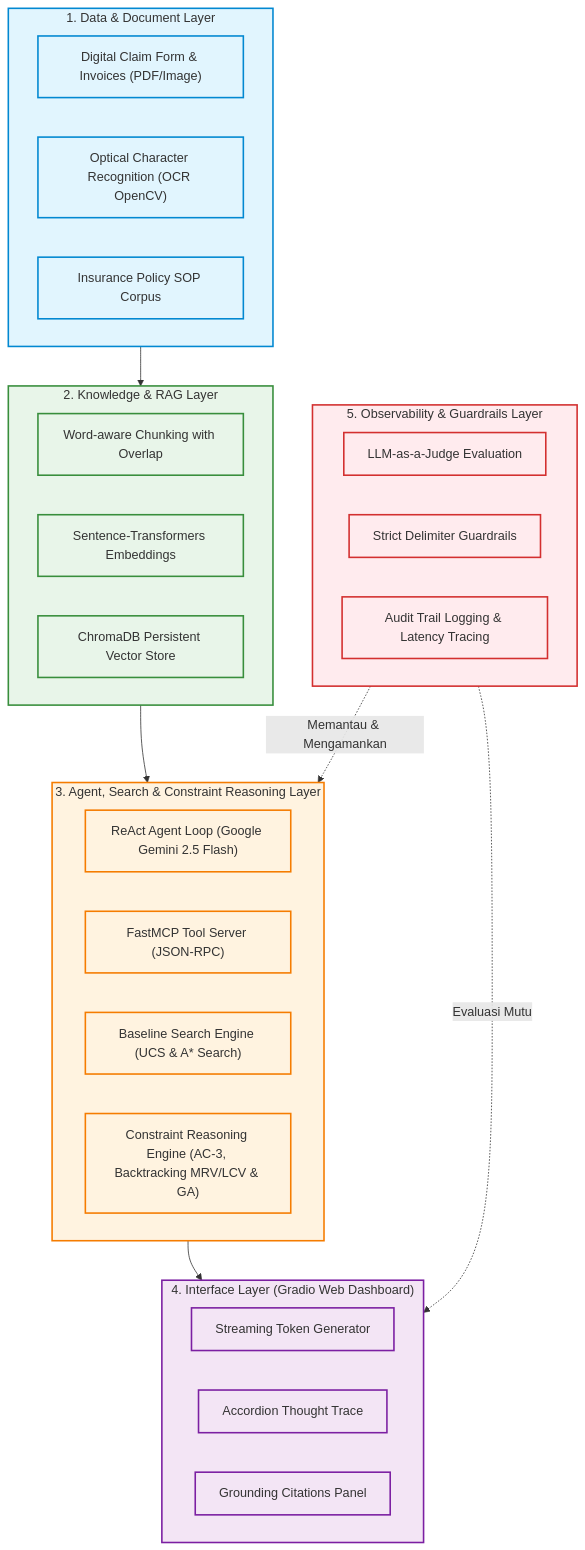
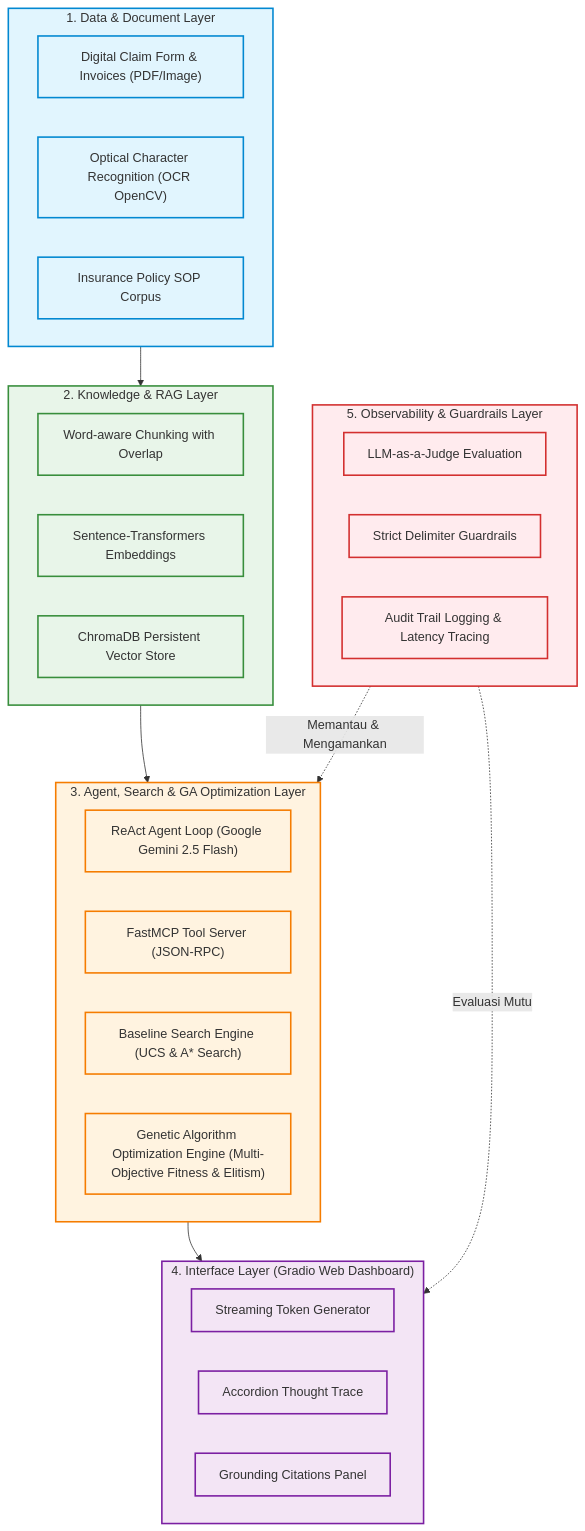
Before and after one commit to DavinaHutabarat/ClaimWise-AI: the diagram in README.md, drawn with Mermaid. The commit also changed other lines of this file and 6 other files, not shown here.

Commit message:
feat(milestone2): focus on multi-objective Genetic Algorithm (GA) optimization module with regulatory penalties and sensitivity tests

````diff
--- a/README.md
+++ b/README.md
@@ -37,51 +37,51 @@
 ```mermaid
 flowchart TD
     subgraph Layer5["5. Observability & Guardrails Layer"]
         L5_1["LLM-as-a-Judge Evaluation"]
         L5_2["Strict Delimiter Guardrails"]
         L5_3["Audit Trail Logging & Latency Tracing"]
     end
 
     subgraph Layer4["4. Interface Layer (Gradio Web Dashboard)"]
         L4_1["Streaming Token Generator"]
         L4_2["Accordion Thought Trace"]
         L4_3["Grounding Citations Panel"]
     end
 
-    subgraph Layer3["3. Agent, Search & Constraint Reasoning Layer"]
+    subgraph Layer3["3. Agent, Search & GA Optimization Layer"]
         L3_1["ReAct Agent Loop (Google Gemini 2.5 Flash)"]
         L3_2["FastMCP Tool Server (JSON-RPC)"]
         L3_3["Baseline Search Engine (UCS & A* Search)"]
-        L3_4["Constraint Reasoning Engine (AC-3, Backtracking MRV/LCV & GA)"]
+        L3_4["Genetic Algorithm Optimization Engine (Multi-Objective Fitness & Elitism)"]
     end
 
     subgraph Layer2["2. Knowledge & RAG Layer"]
         L2_1["Word-aware Chunking with Overlap"]
         L2_2["Sentence-Transformers Embeddings"]
         L2_3["ChromaDB Persistent Vector Store"]
     end
 
     subgraph Layer1["1. Data & Document Layer"]
         L1_1["Digital Claim Form & Invoices (PDF/Image)"]
         L1_2["Optical Character Recognition (OCR OpenCV)"]
         L1_3["Insurance Policy SOP Corpus"]
     end
 
     Layer1 --> Layer2
     Layer2 --> Layer3
     Layer3 --> Layer4
     Layer5 -. Memantau & Mengamankan .-> Layer3
     Layer5 -. Evaluasi Mutu .-> Layer4
 
     classDef l1 fill:#E1F5FE,stroke:#0288D1,stroke-width:2px;
     classDef l2 fill:#E8F5E9,stroke:#388E3C,stroke-width:2px;
     classDef l3 fill:#FFF3E0,stroke:#F57C00,stroke-width:2px;
     classDef l4 fill:#F3E5F5,stroke:#7B1FA2,stroke-width:2px;
     classDef l5 fill:#FFEBEE,stroke:#D32F2F,stroke-width:2px;
 
     class Layer1,L1_1,L1_2,L1_3 l1;
     class Layer2,L2_1,L2_2,L2_3 l2;
     class Layer3,L3_1,L3_2,L3_3,L3_4 l3;
     class Layer4,L4_1,L4_2,L4_3 l4;
     class Layer5,L5_1,L5_2,L5_3 l5;
 ```
````
